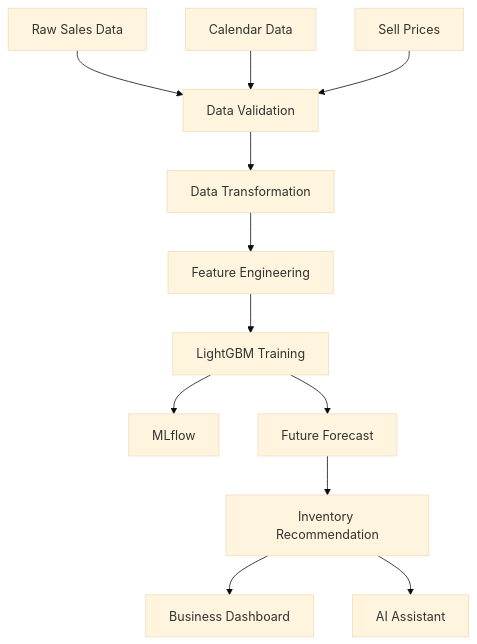
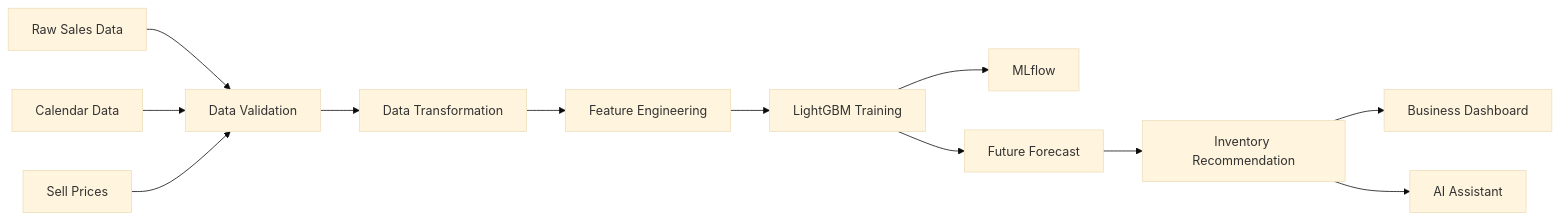
Before and after one commit to hanannazri/Intelligent-Forecasting-MLOps-Platform: the second of 4 diagrams in README.md, drawn with Mermaid (base theme).

````diff
--- a/README.md
+++ b/README.md
@@ -212,31 +212,31 @@
 ```mermaid
-flowchart TD
+flowchart LR
 
 A[Raw Sales Data]
 
 B[Calendar Data]
 
 C[Sell Prices]
 
 A --> D[Data Validation]
 
 B --> D
 
 C --> D
 
 D --> E[Data Transformation]
 
 E --> F[Feature Engineering]
 
 F --> G[LightGBM Training]
 
 G --> H[MLflow]
 
 G --> I[Future Forecast]
 
 I --> J[Inventory Recommendation]
 
 J --> K[Business Dashboard]
 
 J --> L[AI Assistant]
 ```
````
